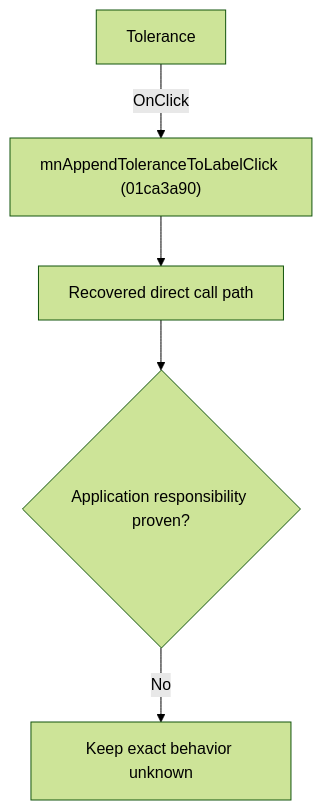
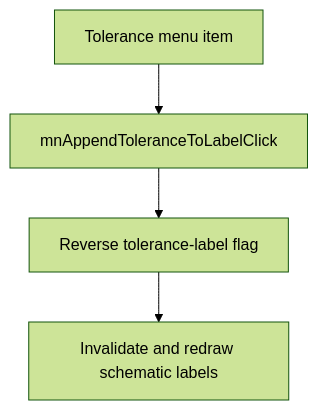
Before and after one commit to MovGP0/TIARA: the diagram in docs/ui-controls/schematiceditor/mnappendtolerancetolabel-f1ef4b890e.md, drawn with Mermaid (forest theme). The commit also changed other lines of this file and 241 other files, not shown here.

````diff
--- a/docs/ui-controls/schematiceditor/mnappendtolerancetolabel-f1ef4b890e.md
+++ b/docs/ui-controls/schematiceditor/mnappendtolerancetolabel-f1ef4b890e.md
@@ -27,7 +19,6 @@
 ```mermaid
 flowchart TD
-    control["Tolerance"] -->|"OnClick"| handler["mnAppendToleranceToLabelClick (01ca3a90)"]
-    handler --> recovered["Recovered direct call path"]
-    recovered --> gap{"Application responsibility proven?"}
-    gap -->|"No"| blocked["Keep exact behavior unknown"]
+    control["Tolerance menu item"] --> handler["mnAppendToleranceToLabelClick"]
+    handler --> toggle["Reverse tolerance-label flag"]
+    toggle --> repaint["Invalidate and redraw schematic labels"]
 ```
````
